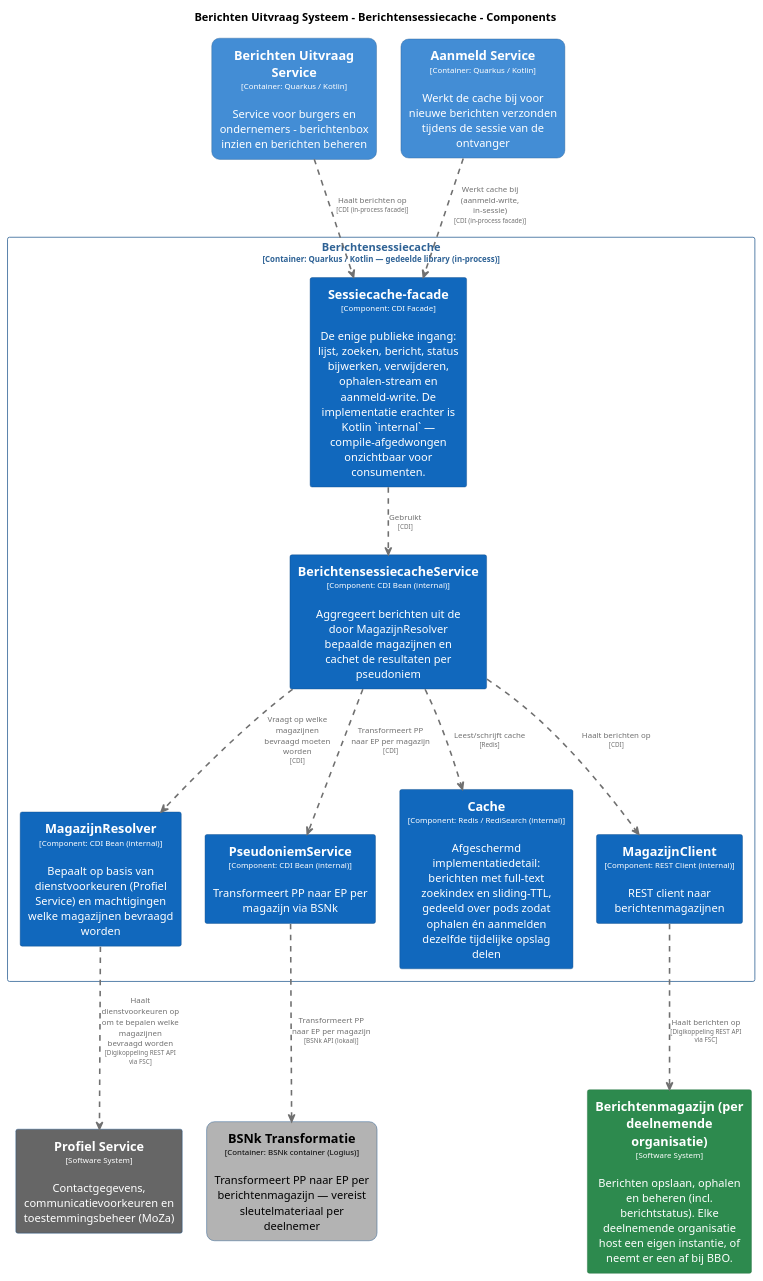
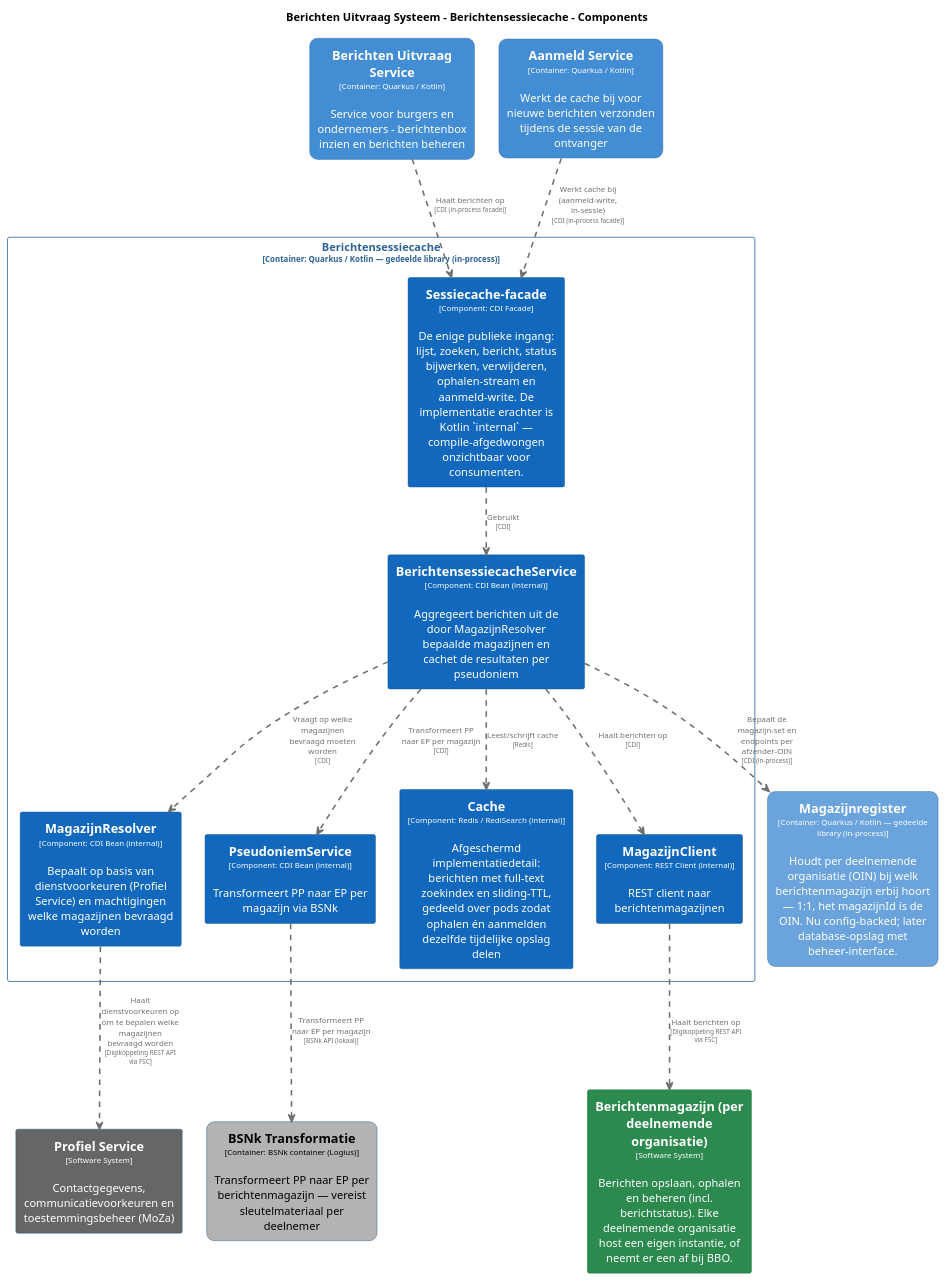
The diagram in master/puml/BerichtensessiecacheComponenten.puml (MinBZK/moza-poc-fbs-berichtenbox), drawn with PlantUML before and after one commit. The commit also changed 37 other files, not shown here.

```diff
--- a/master/puml/BerichtensessiecacheComponenten.puml
+++ b/master/puml/BerichtensessiecacheComponenten.puml
@@ -1,118 +1,127 @@
 @startuml
 set separator none
 title Berichten Uitvraag Systeem - Berichtensessiecache - Components
 
 top to bottom direction
 skinparam ranksep 60
 skinparam nodesep 30
 
 skinparam {
   arrowFontSize 10
   defaultTextAlignment center
   wrapWidth 200
   maxMessageSize 100
 }
 
 hide stereotype
 
 skinparam rectangle<<BerichtenUitvraagSysteem.AanmeldService>> {
   BackgroundColor #438dd5
   FontColor #ffffff
   BorderColor #2e6295
   roundCorner 20
   shadowing false
 }
 skinparam rectangle<<BerichtenUitvraagSysteem.BSNkTransformatie>> {
   BackgroundColor #b3b3b3
   FontColor #000000
   BorderColor #0b4884
   roundCorner 20
   shadowing false
 }
 skinparam rectangle<<BerichtenUitvraagSysteem.BerichtenUitvraagService>> {
   BackgroundColor #438dd5
   FontColor #ffffff
   BorderColor #2e6295
   roundCorner 20
   shadowing false
 }
 skinparam rectangle<<Berichtenmagazijnperdeelnemendeorganisatie>> {
   BackgroundColor #2d8a4e
   FontColor #ffffff
   BorderColor #1e6b38
   shadowing false
 }
 skinparam rectangle<<BerichtenUitvraagSysteem.Berichtensessiecache.BerichtensessiecacheService>> {
   BackgroundColor #1168bd
   FontColor #ffffff
   BorderColor #0b4884
   shadowing false
 }
 skinparam rectangle<<BerichtenUitvraagSysteem.Berichtensessiecache.Cache>> {
   BackgroundColor #1168bd
   FontColor #ffffff
   BorderColor #0b4884
   shadowing false
 }
 skinparam rectangle<<BerichtenUitvraagSysteem.Berichtensessiecache.MagazijnClient>> {
   BackgroundColor #1168bd
   FontColor #ffffff
   BorderColor #0b4884
   shadowing false
 }
 skinparam rectangle<<BerichtenUitvraagSysteem.Berichtensessiecache.MagazijnResolver>> {
   BackgroundColor #1168bd
   FontColor #ffffff
   BorderColor #0b4884
   shadowing false
 }
+skinparam rectangle<<BerichtenUitvraagSysteem.Magazijnregister>> {
+  BackgroundColor #6ba3dd
+  FontColor #ffffff
+  BorderColor #2e6295
+  roundCorner 20
+  shadowing false
+}
 skinparam rectangle<<ProfielService>> {
   BackgroundColor #666666
   FontColor #ffffff
   BorderColor #0b4884
   shadowing false
 }
 skinparam rectangle<<BerichtenUitvraagSysteem.Berichtensessiecache.PseudoniemService>> {
   BackgroundColor #1168bd
   FontColor #ffffff
   BorderColor #0b4884
   shadowing false
 }
 skinparam rectangle<<BerichtenUitvraagSysteem.Berichtensessiecache.Sessiecachefacade>> {
   BackgroundColor #1168bd
   FontColor #ffffff
   BorderColor #0b4884
   shadowing false
 }
 skinparam rectangle<<BerichtenUitvraagSysteem.Berichtensessiecache>> {
   BorderColor #2e6295
   FontColor #2e6295
   shadowing false
 }
 
 rectangle "==Profiel Service\n<size:10>[Software System]</size>\n\nContactgegevens, communicatievoorkeuren en toestemmingsbeheer (MoZa)" <<ProfielService>> as ProfielService
 rectangle "==Berichtenmagazijn (per deelnemende organisatie)\n<size:10>[Software System]</size>\n\nBerichten opslaan, ophalen en beheren (incl. berichtstatus). Elke deelnemende organisatie host een eigen instantie, of neemt er een af bij BBO." <<Berichtenmagazijnperdeelnemendeorganisatie>> as Berichtenmagazijnperdeelnemendeorganisatie
 rectangle "==Berichten Uitvraag Service\n<size:10>[Container: Quarkus / Kotlin]</size>\n\nService voor burgers en ondernemers - berichtenbox inzien en berichten beheren" <<BerichtenUitvraagSysteem.BerichtenUitvraagService>> as BerichtenUitvraagSysteem.BerichtenUitvraagService
 rectangle "==BSNk Transformatie\n<size:10>[Container: BSNk container (Logius)]</size>\n\nTransformeert PP naar EP per berichtenmagazijn — vereist sleutelmateriaal per deelnemer" <<BerichtenUitvraagSysteem.BSNkTransformatie>> as BerichtenUitvraagSysteem.BSNkTransformatie
 rectangle "==Aanmeld Service\n<size:10>[Container: Quarkus / Kotlin]</size>\n\nWerkt de cache bij voor nieuwe berichten verzonden tijdens de sessie van de ontvanger" <<BerichtenUitvraagSysteem.AanmeldService>> as BerichtenUitvraagSysteem.AanmeldService
+rectangle "==Magazijnregister\n<size:10>[Container: Quarkus / Kotlin — gedeelde library (in-process)]</size>\n\nHoudt per deelnemende organisatie (OIN) bij welk berichtenmagazijn erbij hoort — 1:1, het magazijnId ís de OIN. Nu config-backed; later database-opslag met beheer-interface." <<BerichtenUitvraagSysteem.Magazijnregister>> as BerichtenUitvraagSysteem.Magazijnregister
 
 rectangle "Berichtensessiecache\n<size:10>[Container: Quarkus / Kotlin — gedeelde library (in-process)]</size>" <<BerichtenUitvraagSysteem.Berichtensessiecache>> {
   rectangle "==Sessiecache-facade\n<size:10>[Component: CDI Facade]</size>\n\nDe enige publieke ingang: lijst, zoeken, bericht, status bijwerken, verwijderen, ophalen-stream en aanmeld-write. De implementatie erachter is Kotlin `internal` — compile-afgedwongen onzichtbaar voor consumenten." <<BerichtenUitvraagSysteem.Berichtensessiecache.Sessiecachefacade>> as BerichtenUitvraagSysteem.Berichtensessiecache.Sessiecachefacade
   rectangle "==MagazijnResolver\n<size:10>[Component: CDI Bean (internal)]</size>\n\nBepaalt op basis van dienstvoorkeuren (Profiel Service) en machtigingen welke magazijnen bevraagd worden" <<BerichtenUitvraagSysteem.Berichtensessiecache.MagazijnResolver>> as BerichtenUitvraagSysteem.Berichtensessiecache.MagazijnResolver
   rectangle "==PseudoniemService\n<size:10>[Component: CDI Bean (internal)]</size>\n\nTransformeert PP naar EP per magazijn via BSNk" <<BerichtenUitvraagSysteem.Berichtensessiecache.PseudoniemService>> as BerichtenUitvraagSysteem.Berichtensessiecache.PseudoniemService
   rectangle "==BerichtensessiecacheService\n<size:10>[Component: CDI Bean (internal)]</size>\n\nAggregeert berichten uit de door MagazijnResolver bepaalde magazijnen en cachet de resultaten per pseudoniem" <<BerichtenUitvraagSysteem.Berichtensessiecache.BerichtensessiecacheService>> as BerichtenUitvraagSysteem.Berichtensessiecache.BerichtensessiecacheService
   rectangle "==Cache\n<size:10>[Component: Redis / RediSearch (internal)]</size>\n\nAfgeschermd implementatiedetail: berichten met full-text zoekindex en sliding-TTL, gedeeld over pods zodat ophalen én aanmelden dezelfde tijdelijke opslag delen" <<BerichtenUitvraagSysteem.Berichtensessiecache.Cache>> as BerichtenUitvraagSysteem.Berichtensessiecache.Cache
   rectangle "==MagazijnClient\n<size:10>[Component: REST Client (internal)]</size>\n\nREST client naar berichtenmagazijnen" <<BerichtenUitvraagSysteem.Berichtensessiecache.MagazijnClient>> as BerichtenUitvraagSysteem.Berichtensessiecache.MagazijnClient
 }
 
 BerichtenUitvraagSysteem.Berichtensessiecache.MagazijnResolver .[#707070,thickness=2].> ProfielService : "<color:#707070>Haalt dienstvoorkeuren op om te bepalen welke magazijnen bevraagd worden\n<color:#707070><size:8>[Digikoppeling REST API via FSC]</size>"
 BerichtenUitvraagSysteem.Berichtensessiecache.MagazijnClient .[#707070,thickness=2].> Berichtenmagazijnperdeelnemendeorganisatie : "<color:#707070>Haalt berichten op\n<color:#707070><size:8>[Digikoppeling REST API via FSC]</size>"
 BerichtenUitvraagSysteem.Berichtensessiecache.Sessiecachefacade .[#707070,thickness=2].> BerichtenUitvraagSysteem.Berichtensessiecache.BerichtensessiecacheService : "<color:#707070>Gebruikt\n<color:#707070><size:8>[CDI]</size>"
 BerichtenUitvraagSysteem.Berichtensessiecache.BerichtensessiecacheService .[#707070,thickness=2].> BerichtenUitvraagSysteem.Berichtensessiecache.MagazijnResolver : "<color:#707070>Vraagt op welke magazijnen bevraagd moeten worden\n<color:#707070><size:8>[CDI]</size>"
 BerichtenUitvraagSysteem.Berichtensessiecache.BerichtensessiecacheService .[#707070,thickness=2].> BerichtenUitvraagSysteem.Berichtensessiecache.PseudoniemService : "<color:#707070>Transformeert PP naar EP per magazijn\n<color:#707070><size:8>[CDI]</size>"
 BerichtenUitvraagSysteem.Berichtensessiecache.BerichtensessiecacheService .[#707070,thickness=2].> BerichtenUitvraagSysteem.Berichtensessiecache.Cache : "<color:#707070>Leest/schrijft cache\n<color:#707070><size:8>[Redis]</size>"
 BerichtenUitvraagSysteem.Berichtensessiecache.BerichtensessiecacheService .[#707070,thickness=2].> BerichtenUitvraagSysteem.Berichtensessiecache.MagazijnClient : "<color:#707070>Haalt berichten op\n<color:#707070><size:8>[CDI]</size>"
 BerichtenUitvraagSysteem.Berichtensessiecache.PseudoniemService .[#707070,thickness=2].> BerichtenUitvraagSysteem.BSNkTransformatie : "<color:#707070>Transformeert PP naar EP per magazijn\n<color:#707070><size:8>[BSNk API (lokaal)]</size>"
 BerichtenUitvraagSysteem.AanmeldService .[#707070,thickness=2].> BerichtenUitvraagSysteem.Berichtensessiecache.Sessiecachefacade : "<color:#707070>Werkt cache bij (aanmeld-write, in-sessie)\n<color:#707070><size:8>[CDI (in-process facade)]</size>"
 BerichtenUitvraagSysteem.BerichtenUitvraagService .[#707070,thickness=2].> BerichtenUitvraagSysteem.Berichtensessiecache.Sessiecachefacade : "<color:#707070>Haalt berichten op\n<color:#707070><size:8>[CDI (in-process facade)]</size>"
+BerichtenUitvraagSysteem.Berichtensessiecache.BerichtensessiecacheService .[#707070,thickness=2].> BerichtenUitvraagSysteem.Magazijnregister : "<color:#707070>Bepaalt de magazijn-set en endpoints per afzender-OIN\n<color:#707070><size:8>[CDI (in-process)]</size>"
 @enduml
```
